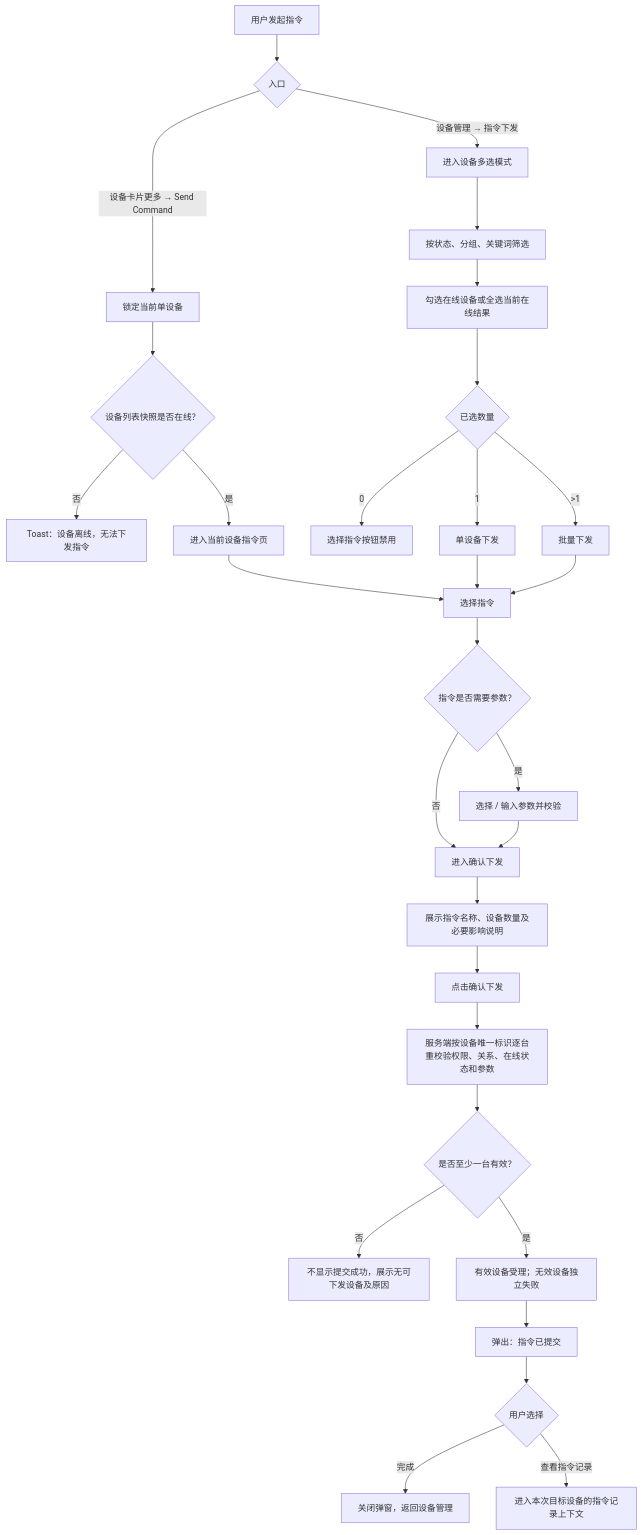
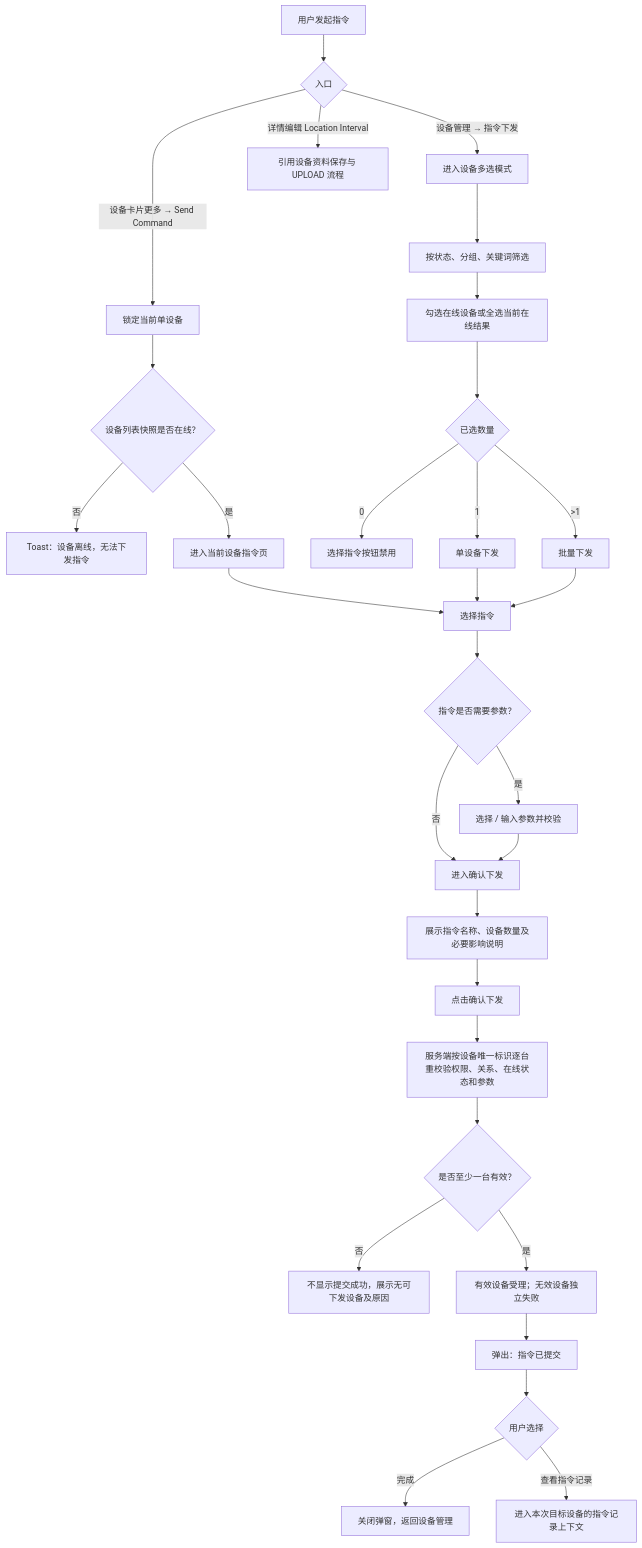
Before and after one commit to CuMgNa/skills: the diagram in docs/manuals/革泰/逻辑大纲/革泰 APP 指令单设备与批量下发逻辑点梳理 plan.md, drawn with Mermaid. The commit also changed other lines of this file and 2 other files, not shown here.

````diff
--- a/docs/manuals/革泰/逻辑大纲/革泰 APP 指令单设备与批量下发逻辑点梳理 plan.md
+++ b/docs/manuals/革泰/逻辑大纲/革泰 APP 指令单设备与批量下发逻辑点梳理 plan.md
@@ -122,35 +122,36 @@
 ```mermaid
 flowchart TD
     A["用户发起指令"] --> B{"入口"}
     B -->|"设备卡片更多 → Send Command"| C["锁定当前单设备"]
     B -->|"设备管理 → 指令下发"| D["进入设备多选模式"]
+    B -->|"详情编辑 Location Interval"| E["引用设备资料保存与 UPLOAD 流程"]
 
     C --> C1{"设备列表快照是否在线？"}
     C1 -->|"否"| C2["Toast：设备离线，无法下发指令"]
     C1 -->|"是"| F["进入当前设备指令页"]
 
     D --> D1["按状态、分组、关键词筛选"]
     D1 --> D2["勾选在线设备或全选当前在线结果"]
     D2 --> D3{"已选数量"}
     D3 -->|"0"| D4["选择指令按钮禁用"]
     D3 -->|"1"| G["单设备下发"]
     D3 -->|">1"| H["批量下发"]
 
     F --> I["选择指令"]
     G --> I
     H --> I
     I --> J{"指令是否需要参数？"}
     J -->|"是"| K["选择 / 输入参数并校验"]
     J -->|"否"| L["进入确认下发"]
     K --> L
     L --> M["展示指令名称、设备数量及必要影响说明"]
     M --> N["点击确认下发"]
     N --> O["服务端按设备唯一标识逐台重校验权限、关系、在线状态和参数"]
     O --> P{"是否至少一台有效？"}
     P -->|"否"| Q["不显示提交成功，展示无可下发设备及原因"]
     P -->|"是"| R["有效设备受理；无效设备独立失败"]
     R --> S["弹出：指令已提交"]
     S --> T{"用户选择"}
     T -->|"完成"| U["关闭弹窗，返回设备管理"]
     T -->|"查看指令记录"| V["进入本次目标设备的指令记录上下文"]
 ```
````
